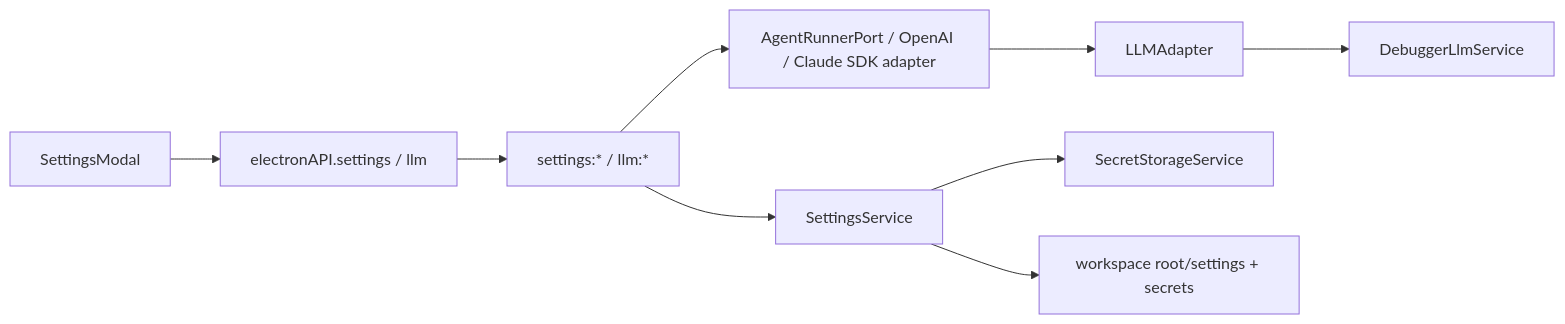
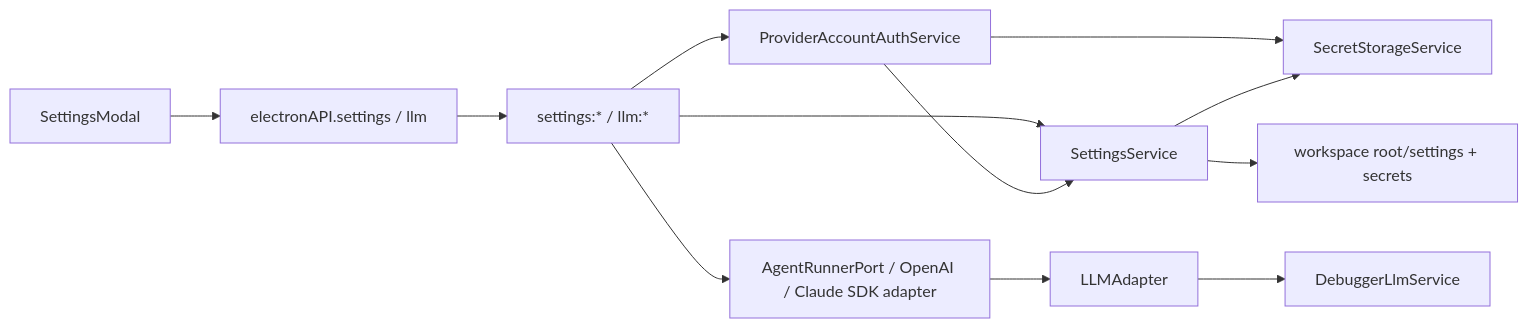
One commit to haolange/RDC-Agent changed the fifth of 6 diagrams in docs/architecture/data-flow.md. Above: the diagram before and after it, drawn with Mermaid. The commit also changed other lines of this file and 33 other files, not shown here.

First line of the commit message:
Add ProviderAccountAuth and provider UI updates

````diff
--- a/docs/architecture/data-flow.md
+++ b/docs/architecture/data-flow.md
@@ -125,21 +125,25 @@
 ```mermaid
 flowchart LR
   SettingsUI["SettingsModal"]
   API["electronAPI.settings / llm"]
   IPC["settings:* / llm:*"]
   SettingsSvc["SettingsService"]
+  AccountAuth["ProviderAccountAuthService"]
   SDK["AgentRunnerPort / OpenAI / Claude SDK adapter"]
   Adapter["LLMAdapter"]
   DebuggerLLM["DebuggerLlmService"]
   Secrets["SecretStorageService"]
   Workspace["workspace root/settings + secrets"]
 
   SettingsUI --> API
   API --> IPC
   IPC --> SettingsSvc
+  IPC --> AccountAuth
+  AccountAuth --> Secrets
+  AccountAuth --> SettingsSvc
   SettingsSvc --> Secrets
   SettingsSvc --> Workspace
   IPC --> SDK
   SDK --> Adapter
   Adapter --> DebuggerLLM
 ```
````
